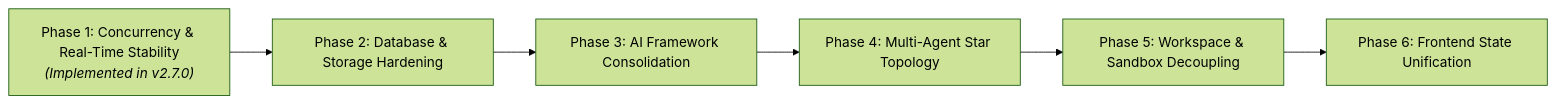
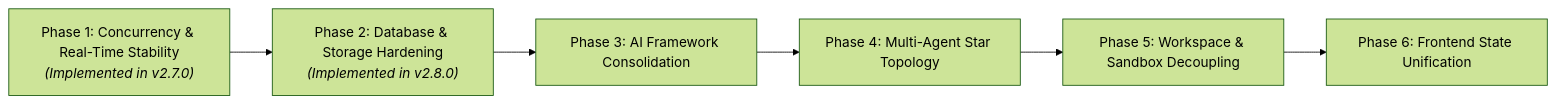
Before and after one commit to ezazulhaq/auditagent: the first of 6 diagrams in doc/19-concurrency-and-realtime-stability-plan.md, drawn with Mermaid (forest theme). The commit also changed other lines of this file and 6 other files, not shown here.

````diff
--- a/doc/19-concurrency-and-realtime-stability-plan.md
+++ b/doc/19-concurrency-and-realtime-stability-plan.md
@@ -7,8 +7,8 @@
 ```mermaid
 flowchart LR
-    P1["Phase 1: Concurrency & Real-Time Stability<br/><i>(Implemented in v2.7.0)</i>"] --> P2["Phase 2: Database & Storage Hardening"]
+    P1["Phase 1: Concurrency & Real-Time Stability<br/><i>(Implemented in v2.7.0)</i>"] --> P2["Phase 2: Database & Storage Hardening<br/><i>(Implemented in v2.8.0)</i>"]
     P2 --> P3["Phase 3: AI Framework Consolidation"]
     P3 --> P4["Phase 4: Multi-Agent Star Topology"]
     P4 --> P5["Phase 5: Workspace & Sandbox Decoupling"]
     P5 --> P6["Phase 6: Frontend State Unification"]
 ```
````
